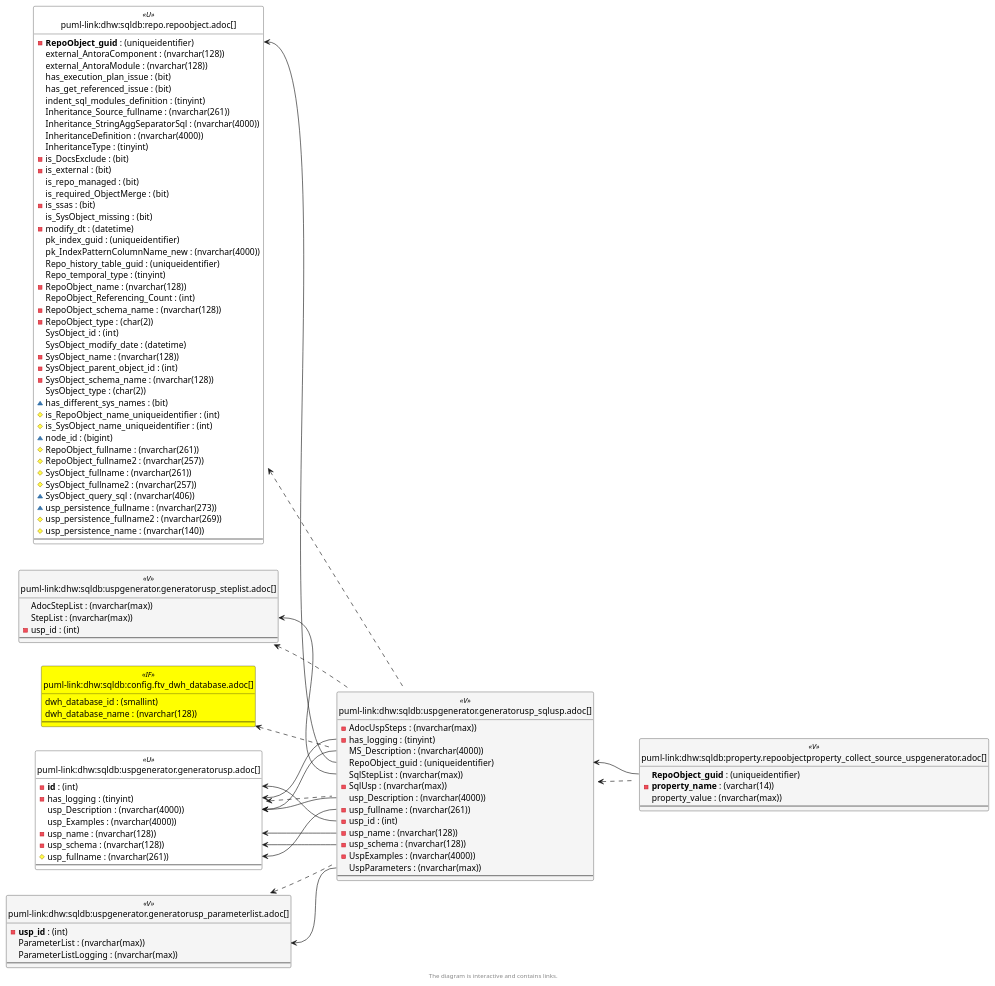
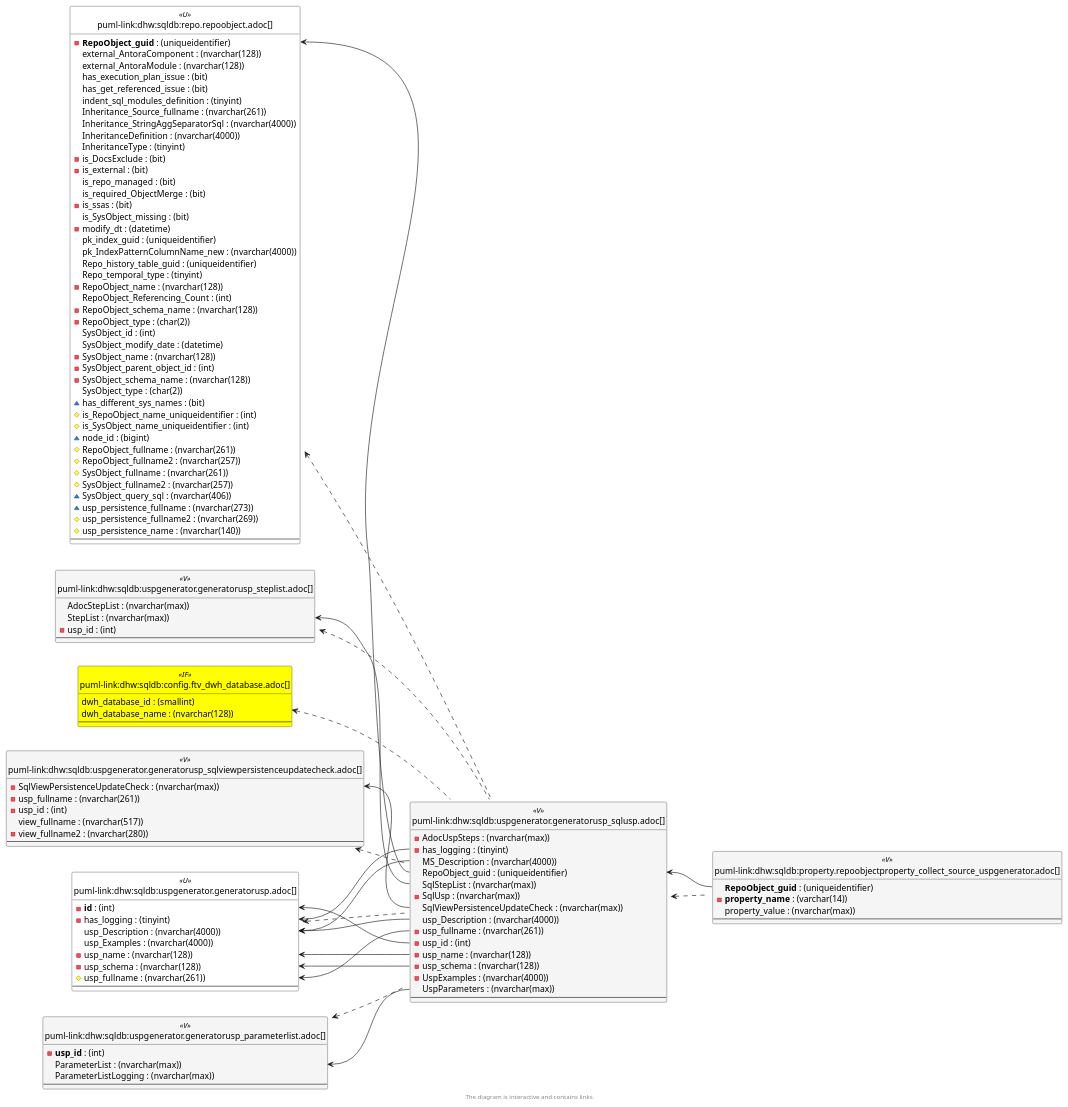
Before and after one commit to DataHandwerk/dhw-antora-sqldb: the sixth of 6 diagrams in docs/modules/sqldb/partials/content/uspgenerator.generatorusp_sqlusp.adoc, drawn with PlantUML. The commit also changed other lines of this file and 701 other files, not shown here.

```diff
--- a/docs/modules/sqldb/partials/content/uspgenerator.generatorusp_sqlusp.adoc
+++ b/docs/modules/sqldb/partials/content/uspgenerator.generatorusp_sqlusp.adoc
@@ -1598,6 +2484,7 @@
   RepoObject_guid : (uniqueidentifier)
   SqlStepList : (nvarchar(max))
   - SqlUsp : (nvarchar(max))
+  SqlViewPersistenceUpdateCheck : (nvarchar(max))
   usp_Description : (nvarchar(4000))
   - usp_fullname : (nvarchar(261))
   - usp_id : (int)
@@ -1605,6 +2492,15 @@
   - usp_schema : (nvarchar(128))
   - UspExamples : (nvarchar(4000))
   UspParameters : (nvarchar(max))
+  --
+}
+
+entity "puml-link:dhw:sqldb:uspgenerator.generatorusp_sqlviewpersistenceupdatecheck.adoc[]" as uspgenerator.GeneratorUsp_SqlViewPersistenceUpdateCheck << V >> {
+  - SqlViewPersistenceUpdateCheck : (nvarchar(max))
+  - usp_fullname : (nvarchar(261))
+  - usp_id : (int)
+  view_fullname : (nvarchar(517))
+  - view_fullname2 : (nvarchar(280))
   --
 }
 
@@ -1620,17 +2516,19 @@
 uspgenerator.GeneratorUsp <.. uspgenerator.GeneratorUsp_SqlUsp
 uspgenerator.GeneratorUsp_ParameterList <.. uspgenerator.GeneratorUsp_SqlUsp
 uspgenerator.GeneratorUsp_SqlUsp <.. property.RepoObjectProperty_Collect_source_uspgenerator
+uspgenerator.GeneratorUsp_SqlViewPersistenceUpdateCheck <.. uspgenerator.GeneratorUsp_SqlUsp
 uspgenerator.GeneratorUsp_StepList <.. uspgenerator.GeneratorUsp_SqlUsp
 "repo.RepoObject::RepoObject_guid" <-- "uspgenerator.GeneratorUsp_SqlUsp::RepoObject_guid"
 "uspgenerator.GeneratorUsp::has_logging" <-- "uspgenerator.GeneratorUsp_SqlUsp::has_logging"
 "uspgenerator.GeneratorUsp::id" <-- "uspgenerator.GeneratorUsp_SqlUsp::usp_id"
+"uspgenerator.GeneratorUsp::usp_Description" <-- "uspgenerator.GeneratorUsp_SqlUsp::MS_Description"
 "uspgenerator.GeneratorUsp::usp_Description" <-- "uspgenerator.GeneratorUsp_SqlUsp::usp_Description"
-"uspgenerator.GeneratorUsp::usp_Description" <-- "uspgenerator.GeneratorUsp_SqlUsp::MS_Description"
 "uspgenerator.GeneratorUsp::usp_fullname" <-- "uspgenerator.GeneratorUsp_SqlUsp::usp_fullname"
 "uspgenerator.GeneratorUsp::usp_name" <-- "uspgenerator.GeneratorUsp_SqlUsp::usp_name"
 "uspgenerator.GeneratorUsp::usp_schema" <-- "uspgenerator.GeneratorUsp_SqlUsp::usp_schema"
 "uspgenerator.GeneratorUsp_ParameterList::ParameterList" <-- "uspgenerator.GeneratorUsp_SqlUsp::UspParameters"
 "uspgenerator.GeneratorUsp_SqlUsp::RepoObject_guid" <-- "property.RepoObjectProperty_Collect_source_uspgenerator::RepoObject_guid"
+"uspgenerator.GeneratorUsp_SqlViewPersistenceUpdateCheck::SqlViewPersistenceUpdateCheck" <-- "uspgenerator.GeneratorUsp_SqlUsp::SqlViewPersistenceUpdateCheck"
 "uspgenerator.GeneratorUsp_StepList::StepList" <-- "uspgenerator.GeneratorUsp_SqlUsp::SqlStepList"
 
 footer The diagram is interactive and contains links.
```
